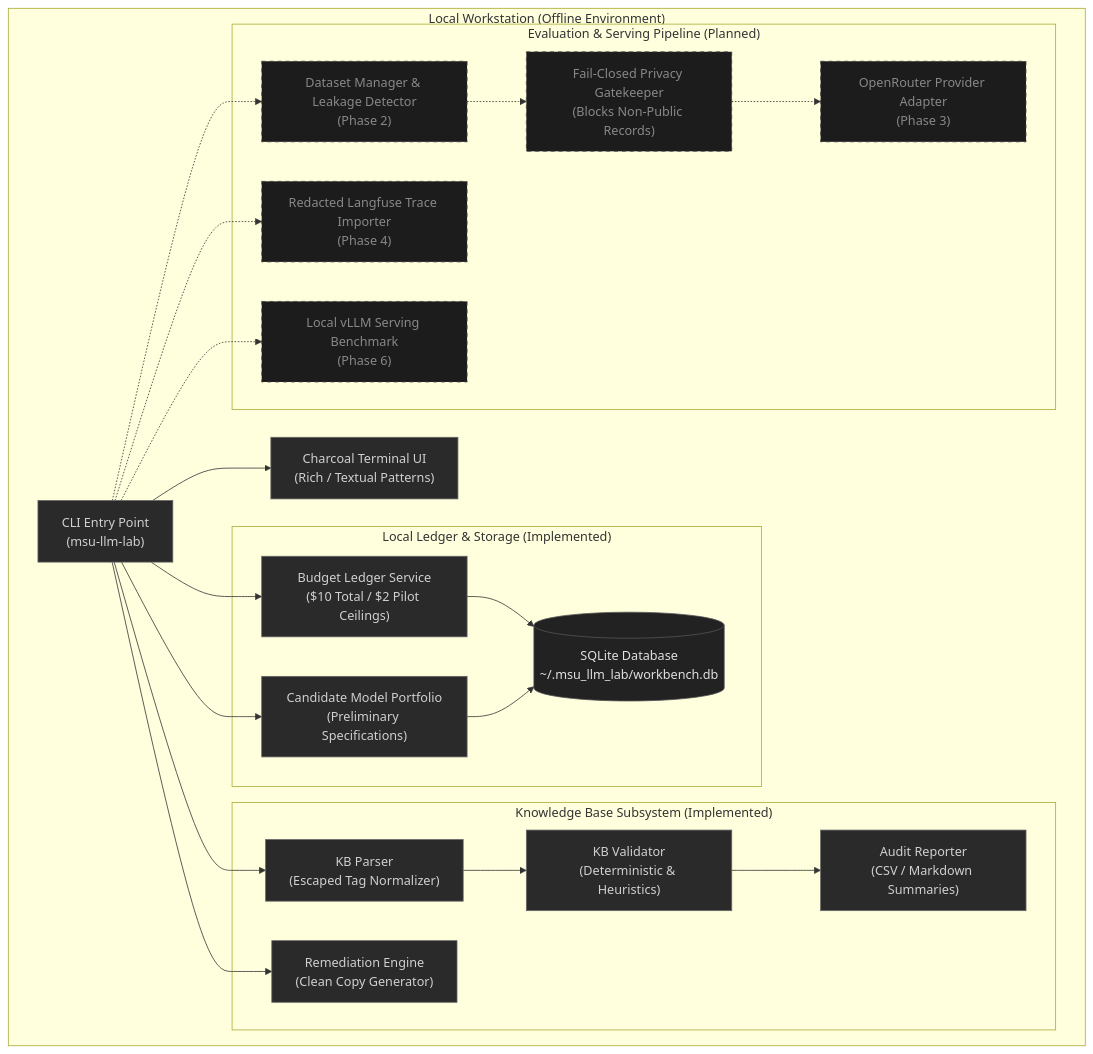
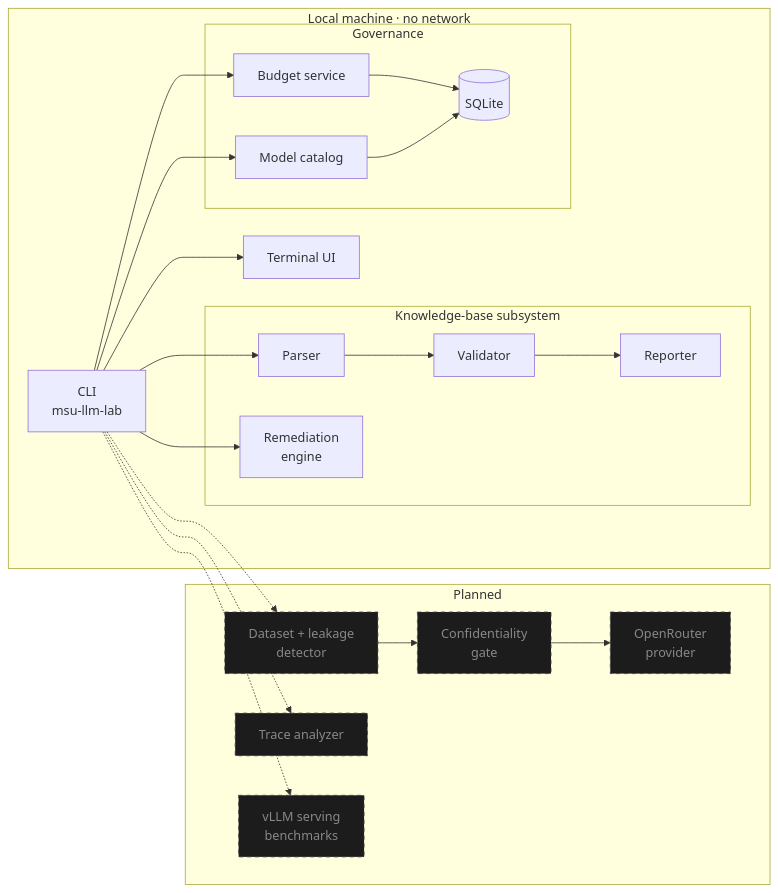
The diagram in README.md (Sudharsanselvaraj/Model-Systems-Workbench), drawn with Mermaid before and after one commit. The commit also changed other lines of this file, not shown here.

````diff
--- a/README.md
+++ b/README.md
@@ -69,51 +176,33 @@
 ```mermaid
-graph TD
-    subgraph Local_Workstation ["Local Workstation (Offline Environment)"]
-        CLI["CLI Entry Point<br/>(msu-llm-lab)"]
-        TUI["Charcoal Terminal UI<br/>(Rich / Textual Patterns)"]
-        
-        subgraph Audit_Subsystem ["Knowledge Base Subsystem (Implemented)"]
-            Parser["KB Parser<br/>(Escaped Tag Normalizer)"]
-            Validator["KB Validator<br/>(Deterministic & Heuristics)"]
-            Reporter["Audit Reporter<br/>(CSV / Markdown Summaries)"]
-            Remediation["Remediation Engine<br/>(Clean Copy Generator)"]
+graph LR
+    subgraph Local["Local machine · no network"]
+        CLI["CLI<br/>msu-llm-lab"] --> TUI["Terminal UI"]
+
+        subgraph KB["Knowledge-base subsystem"]
+            P["Parser"] --> V["Validator"] --> R["Reporter"]
+            RM["Remediation<br/>engine"]
         end
 
-        subgraph Budget_Subsystem ["Local Ledger & Storage (Implemented)"]
-            SQLite[("SQLite Database<br/>~/.msu_llm_lab/workbench.db")]
-            Ledger["Budget Ledger Service<br/>($10 Total / $2 Pilot Ceilings)"]
-            Catalog["Candidate Model Portfolio<br/>(Preliminary Specifications)"]
+        subgraph Ledger["Governance"]
+            B["Budget service"] --> DB[("SQLite")]
+            C["Model catalog"] --> DB
         end
 
-        subgraph Future_Phases ["Evaluation & Serving Pipeline (Planned)"]
-            DatasetMgr["Dataset Manager & Leakage Detector<br/>(Phase 2)"]
-            PrivacyGate["Fail-Closed Privacy Gatekeeper<br/>(Blocks Non-Public Records)"]
-            ProviderAdapter["OpenRouter Provider Adapter<br/>(Phase 3)"]
-            TraceImporter["Redacted Langfuse Trace Importer<br/>(Phase 4)"]
-            vLLMServer["Local vLLM Serving Benchmark<br/>(Phase 6)"]
-        end
+        CLI --> P
+        CLI --> RM
+        CLI --> B
+        CLI --> C
     end
 
-    CLI --> TUI
-    CLI --> Parser
-    CLI --> Remediation
-    CLI --> Ledger
-    CLI --> Catalog
-    Parser --> Validator --> Reporter
-    Ledger --> SQLite
-    Catalog --> SQLite
+    subgraph Next["Planned"]
+        D["Dataset + leakage<br/>detector"]:::p --> G["Confidentiality<br/>gate"]:::p --> O["OpenRouter<br/>provider"]:::p
+        T["Trace analyzer"]:::p
+        S["vLLM serving<br/>benchmarks"]:::p
+    end
 
-    CLI -.-> DatasetMgr
-    DatasetMgr -.-> PrivacyGate
-    PrivacyGate -.-> ProviderAdapter
-    CLI -.-> TraceImporter
-    CLI -.-> vLLMServer
+    CLI -.-> D
+    CLI -.-> T
+    CLI -.-> S
 
-    classDef implemented fill:#2A2A2A,stroke:#666,stroke-width:1px,color:#D0D0D0;
-    classDef planned fill:#1C1C1C,stroke:#444,stroke-width:1px,stroke-dasharray: 5 5,color:#888888;
-    classDef storage fill:#222222,stroke:#555,stroke-width:1px,color:#E0E0E0;
-
-    class CLI,TUI,Parser,Validator,Reporter,Remediation,Ledger,Catalog implemented;
-    class SQLite storage;
-    class DatasetMgr,PrivacyGate,ProviderAdapter,TraceImporter,vLLMServer planned;
+    classDef p fill:#1C1C1C,stroke:#444,stroke-dasharray:5 5,color:#888;
 ```
````
